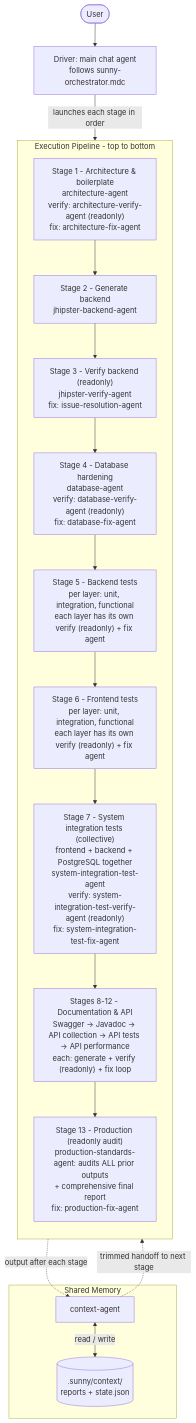
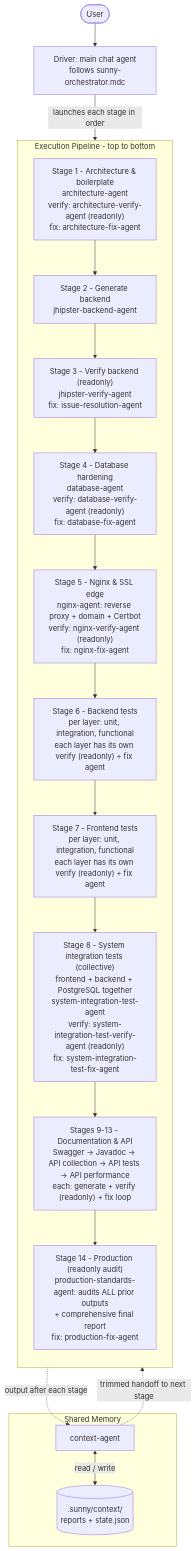
One commit to priyam-qo-box/agents changed the first of 16 diagrams in .cursor/agents/ARCHITECTURE.md. Above: the diagram before and after it, drawn with Mermaid. The commit also changed other lines of this file and 58 other files, not shown here.

First line of the commit message:
Enhance README and agent documentation for Nginx & SSL integration

````diff
--- a/.cursor/agents/ARCHITECTURE.md
+++ b/.cursor/agents/ARCHITECTURE.md
@@ -61,29 +64,30 @@
 ```mermaid
 flowchart TB
     User([User]) --> Driver["Driver: main chat agent<br/>follows sunny-orchestrator.mdc"]
 
     subgraph pipeline [Execution Pipeline - top to bottom]
         direction TB
         S0["Stage 1 - Architecture & boilerplate<br/>architecture-agent<br/>verify: architecture-verify-agent (readonly)<br/>fix: architecture-fix-agent"]
         S1["Stage 2 - Generate backend<br/>jhipster-backend-agent"]
         S2["Stage 3 - Verify backend (readonly)<br/>jhipster-verify-agent<br/>fix: issue-resolution-agent"]
         SD["Stage 4 - Database hardening<br/>database-agent<br/>verify: database-verify-agent (readonly)<br/>fix: database-fix-agent"]
-        S3["Stage 5 - Backend tests<br/>per layer: unit, integration, functional<br/>each layer has its own verify (readonly) + fix agent"]
-        S4["Stage 6 - Frontend tests<br/>per layer: unit, integration, functional<br/>each layer has its own verify (readonly) + fix agent"]
-        SI["Stage 7 - System integration tests (collective)<br/>frontend + backend + PostgreSQL together<br/>system-integration-test-agent<br/>verify: system-integration-test-verify-agent (readonly)<br/>fix: system-integration-test-fix-agent"]
-        SDOC["Stages 8-12 - Documentation & API<br/>Swagger -> Javadoc -> API collection -> API tests -> API performance<br/>each: generate + verify (readonly) + fix loop"]
-        S5["Stage 13 - Production (readonly audit)<br/>production-standards-agent: audits ALL prior outputs<br/>+ comprehensive final report<br/>fix: production-fix-agent"]
-        S0 --> S1 --> S2 --> SD --> S3 --> S4 --> SI --> SDOC --> S5
+        SN["Stage 5 - Nginx & SSL edge<br/>nginx-agent: reverse proxy + domain + Certbot<br/>verify: nginx-verify-agent (readonly)<br/>fix: nginx-fix-agent"]
+        S3["Stage 6 - Backend tests<br/>per layer: unit, integration, functional<br/>each layer has its own verify (readonly) + fix agent"]
+        S4["Stage 7 - Frontend tests<br/>per layer: unit, integration, functional<br/>each layer has its own verify (readonly) + fix agent"]
+        SI["Stage 8 - System integration tests (collective)<br/>frontend + backend + PostgreSQL together<br/>system-integration-test-agent<br/>verify: system-integration-test-verify-agent (readonly)<br/>fix: system-integration-test-fix-agent"]
+        SDOC["Stages 9-13 - Documentation & API<br/>Swagger -> Javadoc -> API collection -> API tests -> API performance<br/>each: generate + verify (readonly) + fix loop"]
+        S5["Stage 14 - Production (readonly audit)<br/>production-standards-agent: audits ALL prior outputs<br/>+ comprehensive final report<br/>fix: production-fix-agent"]
+        S0 --> S1 --> S2 --> SD --> SN --> S3 --> S4 --> SI --> SDOC --> S5
     end
 
     Driver -->|launches each stage in order| pipeline
 
     subgraph memory [Shared Memory]
         Ctx["context-agent"]
         Store[(".sunny/context/<br/>reports + state.json")]
         Ctx <-->|read / write| Store
     end
 
     pipeline -.output after each stage.-> Ctx
     Ctx -.trimmed handoff to next stage.-> pipeline
 ```
````
